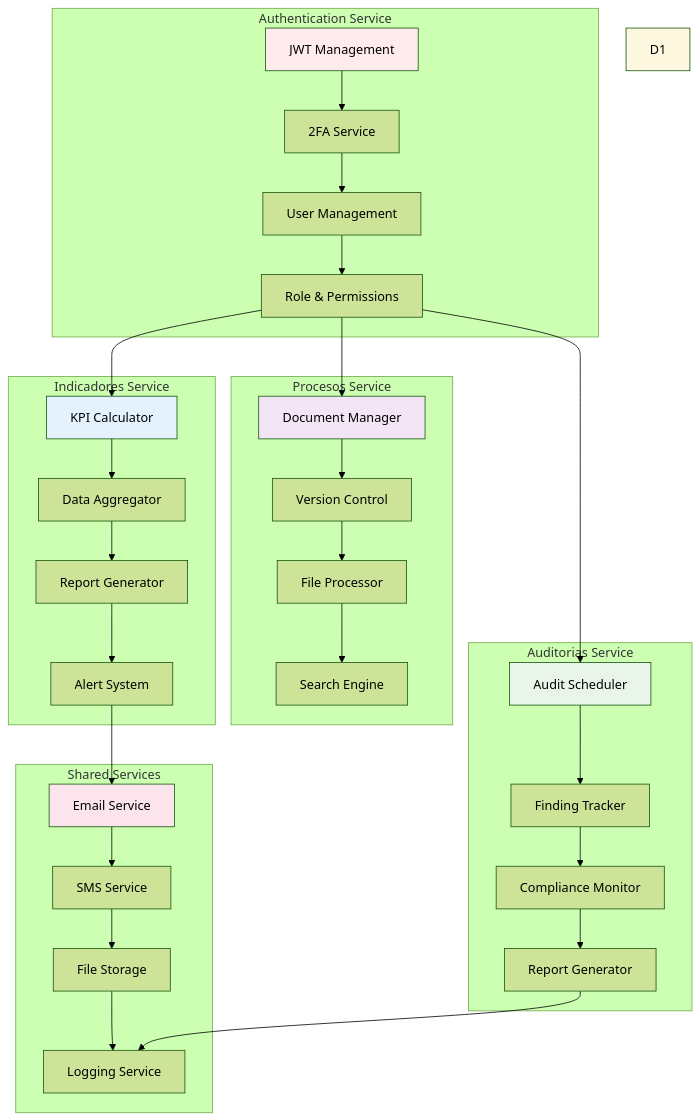
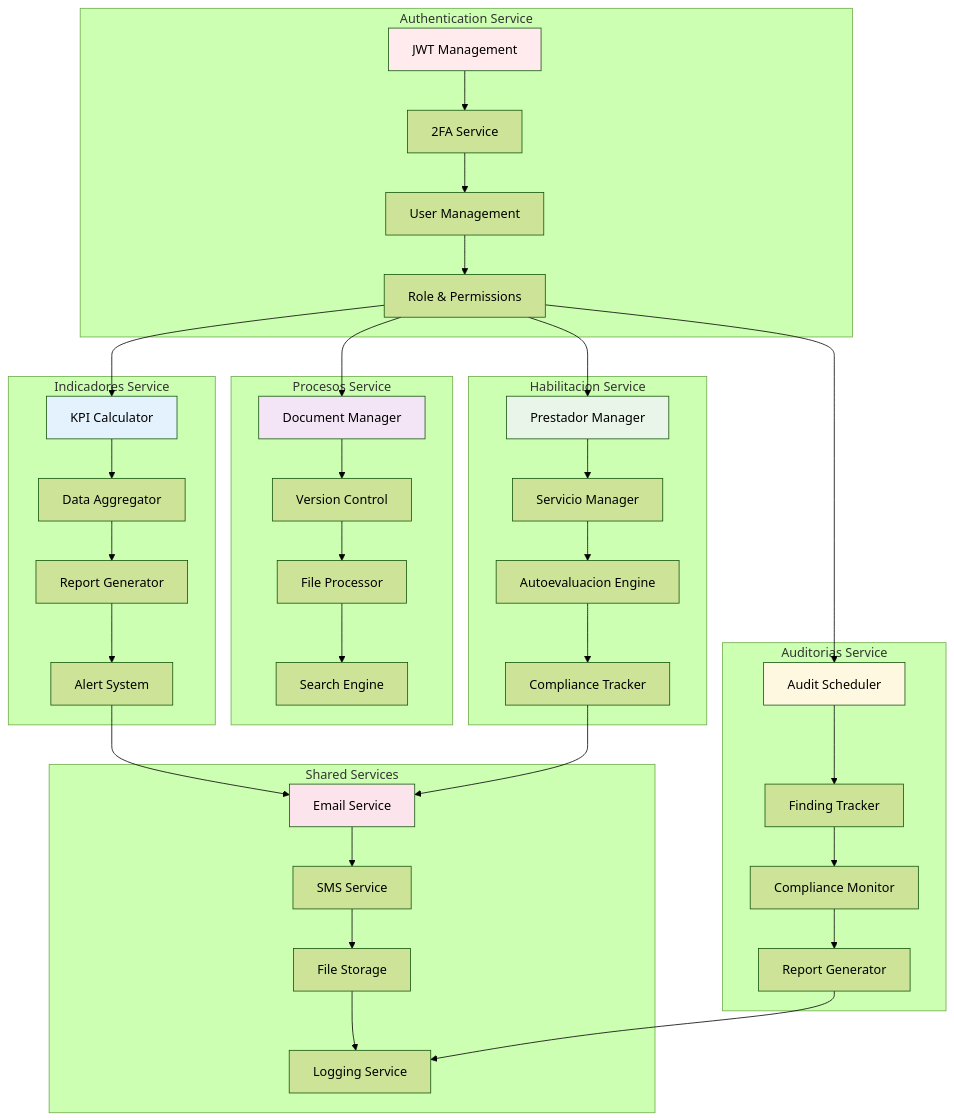
Before and after one commit to Edisonnarvaez/portal_web_frontend: the sixth of 19 diagrams in architecture.md, drawn with Mermaid (forest theme). The commit also changed other lines of this file and 64 other files, not shown here.

````diff
--- a/architecture.md
+++ b/architecture.md
@@ -270,47 +275,54 @@
 ```mermaid
 graph TB
     subgraph "Authentication Service"
         A1[JWT Management] --> A2[2FA Service]
         A2 --> A3[User Management]
         A3 --> A4[Role & Permissions]
     end
     
     subgraph "Indicadores Service"
         B1[KPI Calculator] --> B2[Data Aggregator]
         B2 --> B3[Report Generator]
         B3 --> B4[Alert System]
     end
     
     subgraph "Procesos Service"
         C1[Document Manager] --> C2[Version Control]
         C2 --> C3[File Processor]
         C3 --> C4[Search Engine]
     end
-
+    
+    subgraph "Habilitacion Service"
+        D1[Prestador Manager] --> D2[Servicio Manager]
+        D2 --> D3[Autoevaluacion Engine]
+        D3 --> D4[Compliance Tracker]
+    end
     
     subgraph "Auditorias Service"
         E1[Audit Scheduler] --> E2[Finding Tracker]
         E2 --> E3[Compliance Monitor]
         E3 --> E4[Report Generator]
     end
     
     subgraph "Shared Services"
         F1[Email Service] --> F2[SMS Service]
         F2 --> F3[File Storage]
         F3 --> F4[Logging Service]
     end
     
     A4 --> B1
     A4 --> C1
+    A4 --> D1
     A4 --> E1
     
     B4 --> F1
+    D4 --> F1
     E4 --> F4
     
     style A1 fill:#ffebee
     style B1 fill:#e3f2fd
     style C1 fill:#f3e5f5
-    style D1 fill:#fff8e1
-    style E1 fill:#e8f5e8
+    style D1 fill:#e8f5e8
+    style E1 fill:#fff8e1
     style F1 fill:#fce4ec
 ```
````
